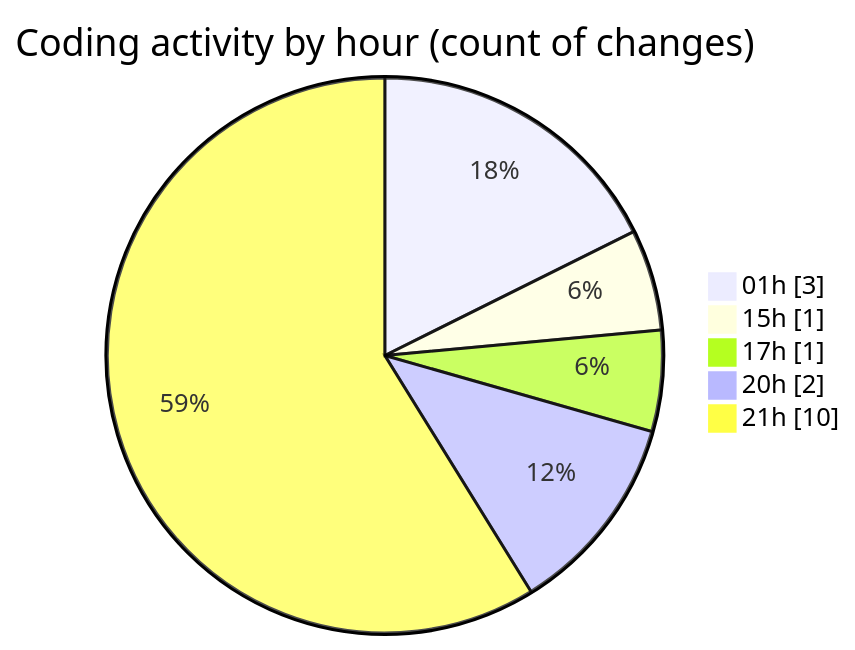
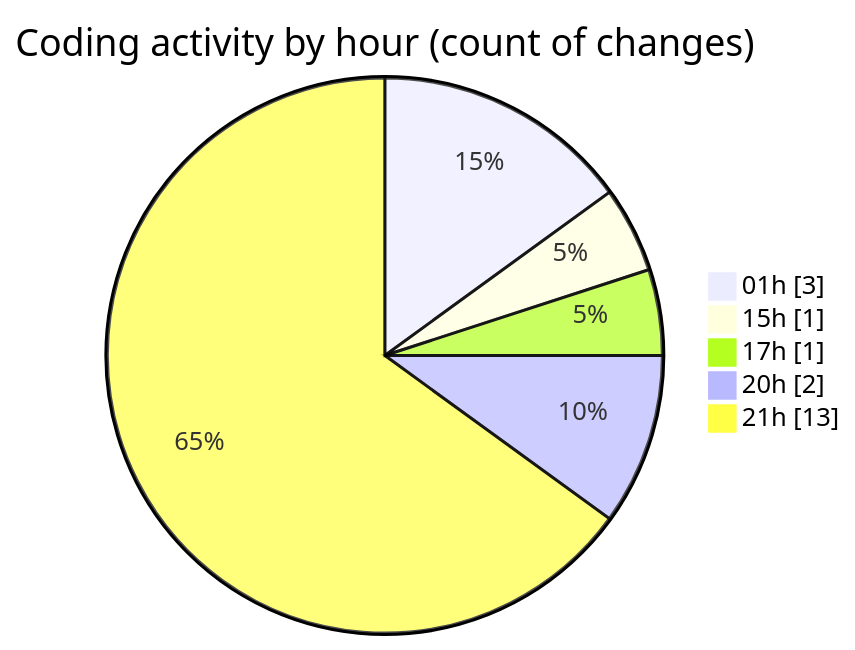
One commit to julien-gomy/code-tracking changed the second of 2 diagrams in 2025-11-24/eventscop-api-guide__workspace_/README.md. Above: the diagram before and after it, drawn with Mermaid. The commit also changed other lines of this file and 1 other file, not shown here.

````diff
--- a/2025-11-24/eventscop-api-guide__workspace_/README.md
+++ b/2025-11-24/eventscop-api-guide__workspace_/README.md
@@ -32,9 +32,9 @@
 ```mermaid
 pie showData
 title Coding activity by hour (count of changes)
 "01h" : 3
 "15h" : 1
 "17h" : 1
 "20h" : 2
-"21h" : 10
+"21h" : 13
 ```
````
